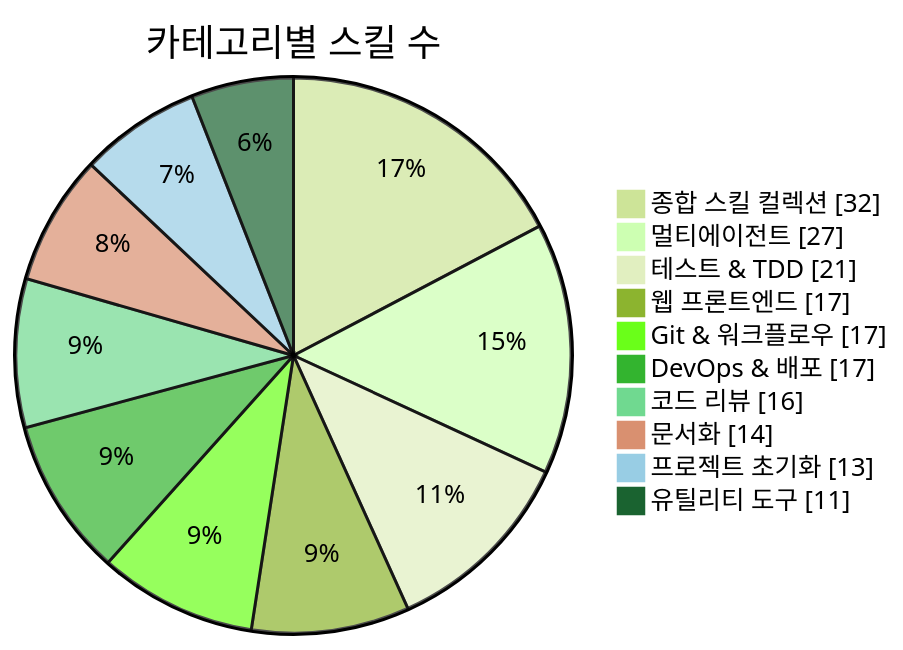
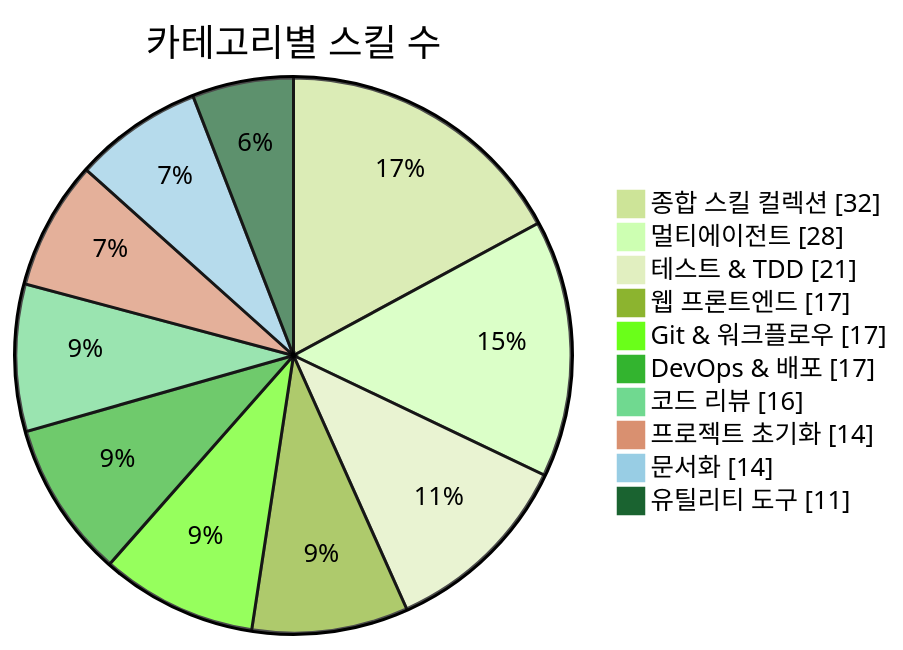
Before and after one commit to J-nowcow/awesome-korean-agent-skills: the first of 3 diagrams in README.md, drawn with Mermaid (forest theme). The commit also changed other lines of this file and 5 other files, not shown here.

````diff
--- a/README.md
+++ b/README.md
@@ -176,14 +176,14 @@
 ```mermaid
 pie showData
     title 카테고리별 스킬 수
     "종합 스킬 컬렉션" : 32
-    "멀티에이전트" : 27
+    "멀티에이전트" : 28
     "테스트 & TDD" : 21
     "웹 프론트엔드" : 17
     "Git & 워크플로우" : 17
     "DevOps & 배포" : 17
     "코드 리뷰" : 16
+    "프로젝트 초기화" : 14
     "문서화" : 14
-    "프로젝트 초기화" : 13
     "유틸리티 도구" : 11
 ```
````
